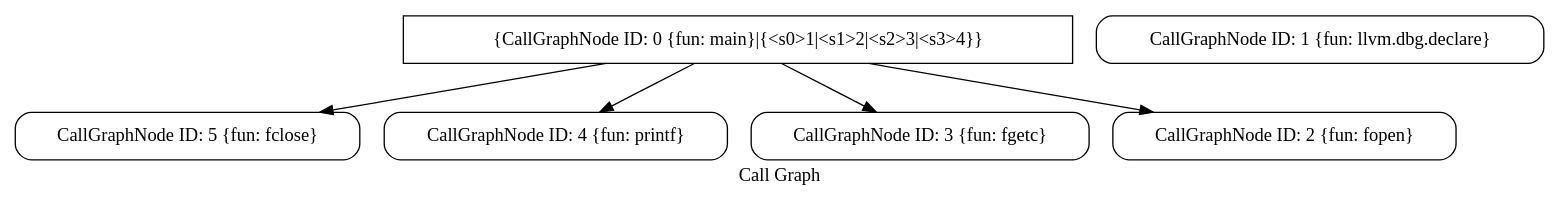
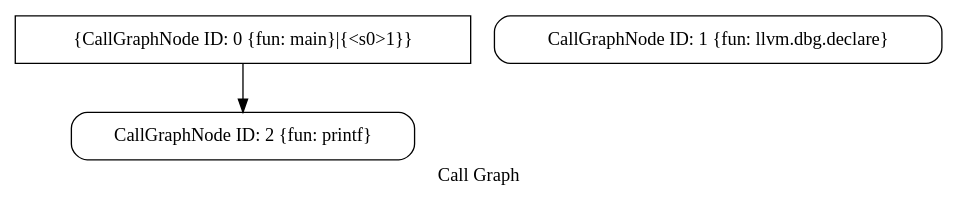
One commit to Ian36/Web-SVF changed the diagram in callgraph.dot. Above: the diagram before and after it, drawn with Graphviz. The commit also changed 34 other files, not shown here.

```diff
--- a/callgraph.dot
+++ b/callgraph.dot
@@ -1,14 +1,8 @@
 digraph "Call Graph" {
 	label="Call Graph";
 
-	Node0x5629a2345020 [shape=record,shape=Mrecord,label="{CallGraphNode ID: 5 \{fun: fclose\}}"];
-	Node0x5629a233e6b0 [shape=record,shape=Mrecord,label="{CallGraphNode ID: 4 \{fun: printf\}}"];
-	Node0x5629a2349b30 [shape=record,shape=Mrecord,label="{CallGraphNode ID: 3 \{fun: fgetc\}}"];
-	Node0x5629a2349790 [shape=record,shape=Mrecord,label="{CallGraphNode ID: 2 \{fun: fopen\}}"];
-	Node0x5629a2349920 [shape=record,shape=Mrecord,label="{CallGraphNode ID: 1 \{fun: llvm.dbg.declare\}}"];
-	Node0x5629a2340950 [shape=record,shape=box,label="{CallGraphNode ID: 0 \{fun: main\}|{<s0>1|<s1>2|<s2>3|<s3>4}}"];
-	Node0x5629a2340950:s0 -> Node0x5629a2349790[color=black];
-	Node0x5629a2340950:s1 -> Node0x5629a2349b30[color=black];
-	Node0x5629a2340950:s2 -> Node0x5629a233e6b0[color=black];
-	Node0x5629a2340950:s3 -> Node0x5629a2345020[color=black];
+	Node0x55c11db9cf10 [shape=record,shape=Mrecord,label="{CallGraphNode ID: 2 \{fun: printf\}}"];
+	Node0x55c11dba39f0 [shape=record,shape=Mrecord,label="{CallGraphNode ID: 1 \{fun: llvm.dbg.declare\}}"];
+	Node0x55c11dba38d0 [shape=record,shape=box,label="{CallGraphNode ID: 0 \{fun: main\}|{<s0>1}}"];
+	Node0x55c11dba38d0:s0 -> Node0x55c11db9cf10[color=black];
 }
```
